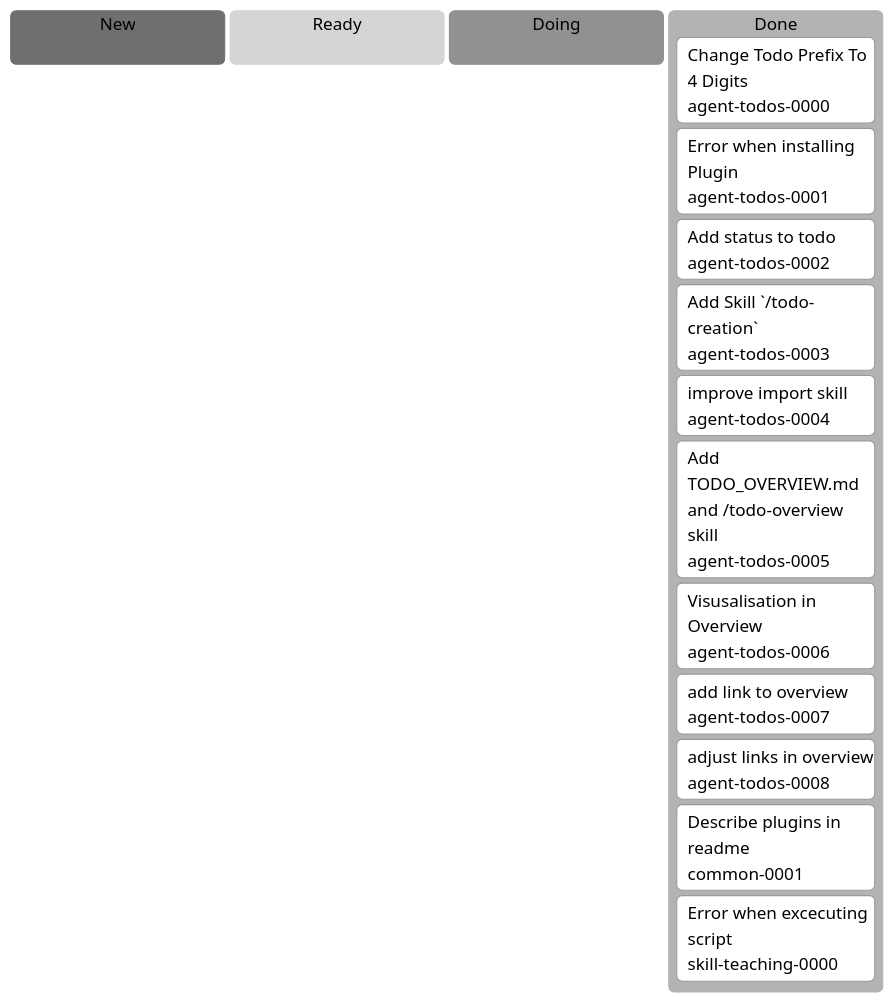
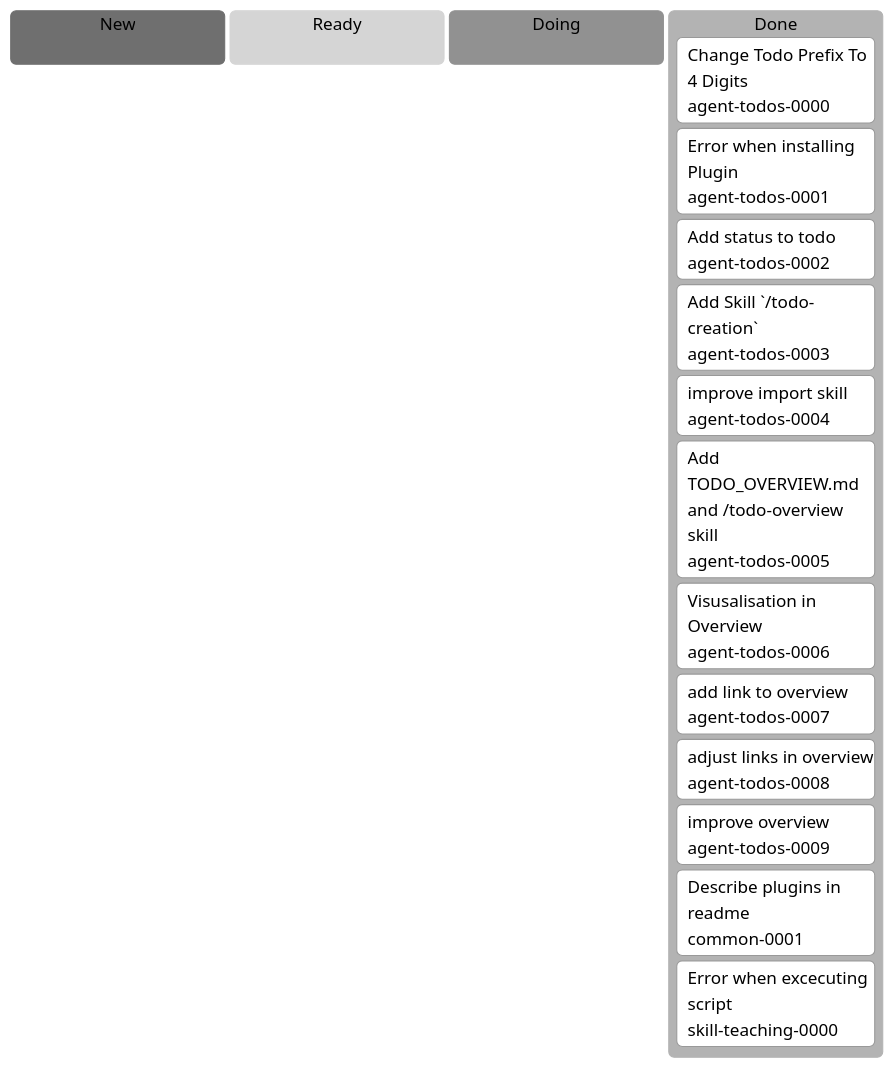
One commit to erich3000/ji-agent-skills changed the diagram in docs/agent-todos/TODO_OVERVIEW.md. Above: the diagram before and after it, drawn with Mermaid. The commit also changed other lines of this file and 5 other files, not shown here.

````diff
--- a/docs/agent-todos/TODO_OVERVIEW.md
+++ b/docs/agent-todos/TODO_OVERVIEW.md
@@ -21,22 +7,23 @@
 ```mermaid
 %%{init: {"theme":"neutral"}}%%
 kanban
   new[New]
 
   ready[Ready]
 
   doing[Doing]
 
   done[Done]
     agent-todos-0000[Change Todo Prefix To 4 Digits]@{ ticket: agent-todos-0000 }
     agent-todos-0001[Error when installing Plugin]@{ ticket: agent-todos-0001 }
     agent-todos-0002[Add status to todo]@{ ticket: agent-todos-0002 }
     agent-todos-0003[Add Skill `/todo-creation`]@{ ticket: agent-todos-0003 }
     agent-todos-0004[improve import skill]@{ ticket: agent-todos-0004 }
     agent-todos-0005[Add TODO_OVERVIEW.md and /todo-overview skill]@{ ticket: agent-todos-0005 }
     agent-todos-0006[Visusalisation in Overview]@{ ticket: agent-todos-0006 }
     agent-todos-0007[add link to overview]@{ ticket: agent-todos-0007 }
     agent-todos-0008[adjust links in overview]@{ ticket: agent-todos-0008 }
+    agent-todos-0009[improve overview]@{ ticket: agent-todos-0009 }
     common-0001[Describe plugins in readme]@{ ticket: common-0001 }
     skill-teaching-0000[Error when excecuting script]@{ ticket: skill-teaching-0000 }
 ```
````
